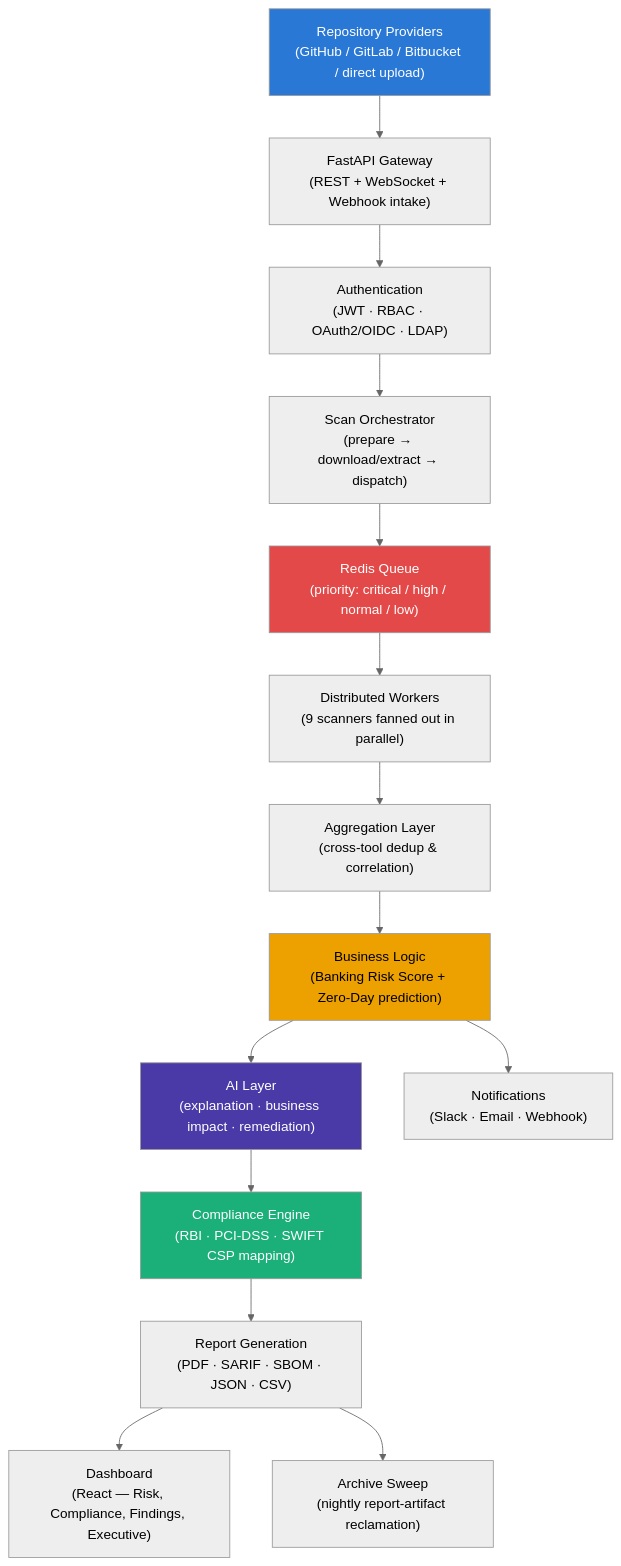
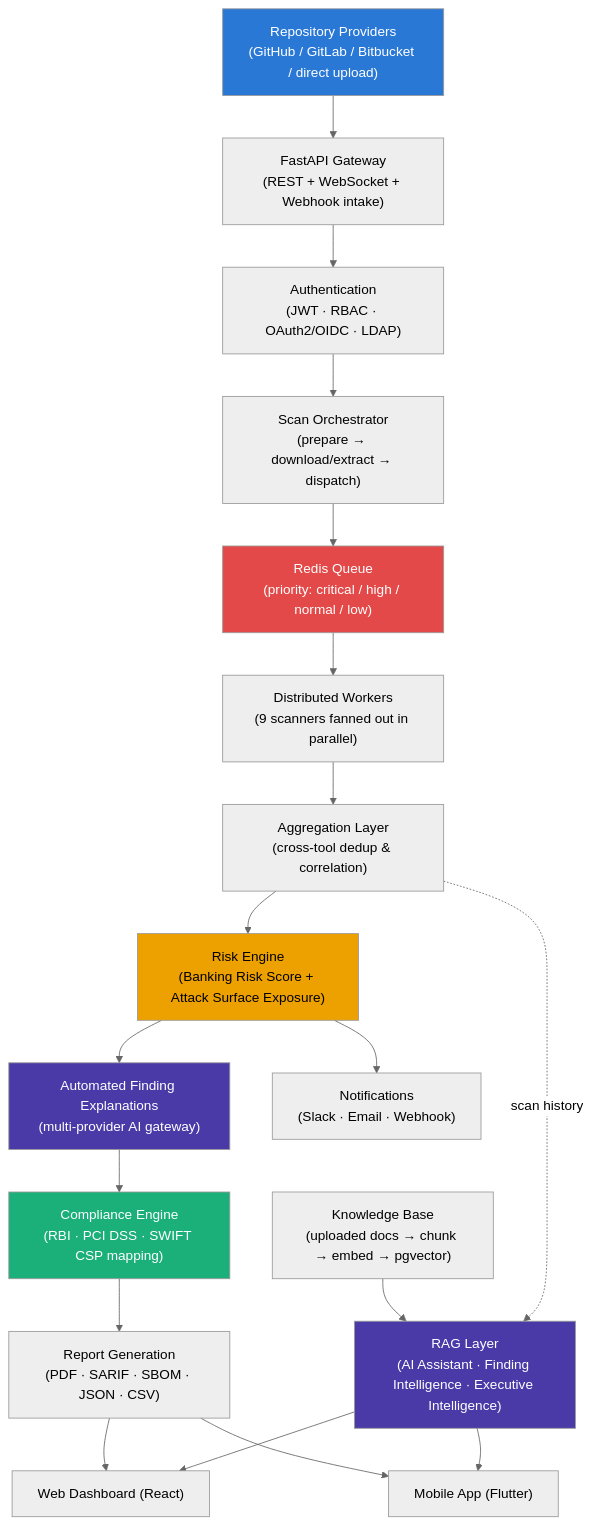
The first of 3 diagrams in README.md (TROJAN1HAMMER/KAVACH), drawn with Mermaid (neutral theme) before and after one commit. The commit also changed other lines of this file and 350 other files, not shown here.

Commit message:
Add Flutter mobile app, RAG knowledge layer, and rename Attack Surface Exposure; repo cleanup and documentation overhaul

````diff
--- a/README.md
+++ b/README.md
@@ -131,22 +144,28 @@
 ```mermaid
 flowchart TD
     A["Repository Providers<br/>(GitHub / GitLab / Bitbucket / direct upload)"] --> B["FastAPI Gateway<br/>(REST + WebSocket + Webhook intake)"]
     B --> C["Authentication<br/>(JWT · RBAC · OAuth2/OIDC · LDAP)"]
     C --> D["Scan Orchestrator<br/>(prepare → download/extract → dispatch)"]
     D --> E["Redis Queue<br/>(priority: critical / high / normal / low)"]
     E --> F["Distributed Workers<br/>(9 scanners fanned out in parallel)"]
     F --> G["Aggregation Layer<br/>(cross-tool dedup & correlation)"]
-    G --> H["Business Logic<br/>(Banking Risk Score + Zero-Day prediction)"]
-    H --> I["AI Layer<br/>(explanation · business impact · remediation)"]
-    I --> J["Compliance Engine<br/>(RBI · PCI-DSS · SWIFT CSP mapping)"]
+    G --> H["Risk Engine<br/>(Banking Risk Score + Attack Surface Exposure)"]
+    H --> I["Automated Finding Explanations<br/>(multi-provider AI gateway)"]
+    I --> J["Compliance Engine<br/>(RBI · PCI DSS · SWIFT CSP mapping)"]
     J --> K["Report Generation<br/>(PDF · SARIF · SBOM · JSON · CSV)"]
-    K --> L["Dashboard<br/>(React — Risk, Compliance, Findings, Executive)"]
-    H --> M["Notifications<br/>(Slack · Email · Webhook)"]
-    K --> N["Archive Sweep<br/>(nightly report-artifact reclamation)"]
+    K --> L["Web Dashboard (React)"]
+    K --> M["Mobile App (Flutter)"]
+    H --> N["Notifications<br/>(Slack · Email · Webhook)"]
+
+    P["Knowledge Base<br/>(uploaded docs → chunk → embed → pgvector)"] --> Q["RAG Layer<br/>(AI Assistant · Finding Intelligence · Executive Intelligence)"]
+    G -.scan history.-> Q
+    Q --> L
+    Q --> M
 
     style A fill:#2a78d6,color:#fff
     style E fill:#e34948,color:#fff
     style H fill:#eda100,color:#000
     style I fill:#4a3aa7,color:#fff
     style J fill:#1baf7a,color:#fff
+    style Q fill:#4a3aa7,color:#fff
 ```
````
